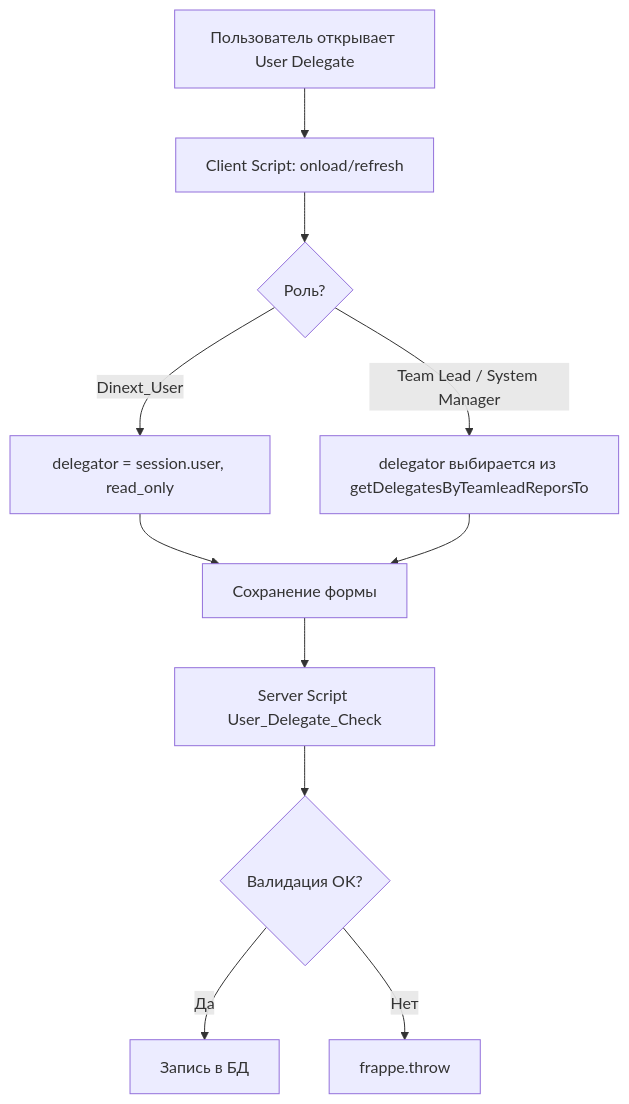
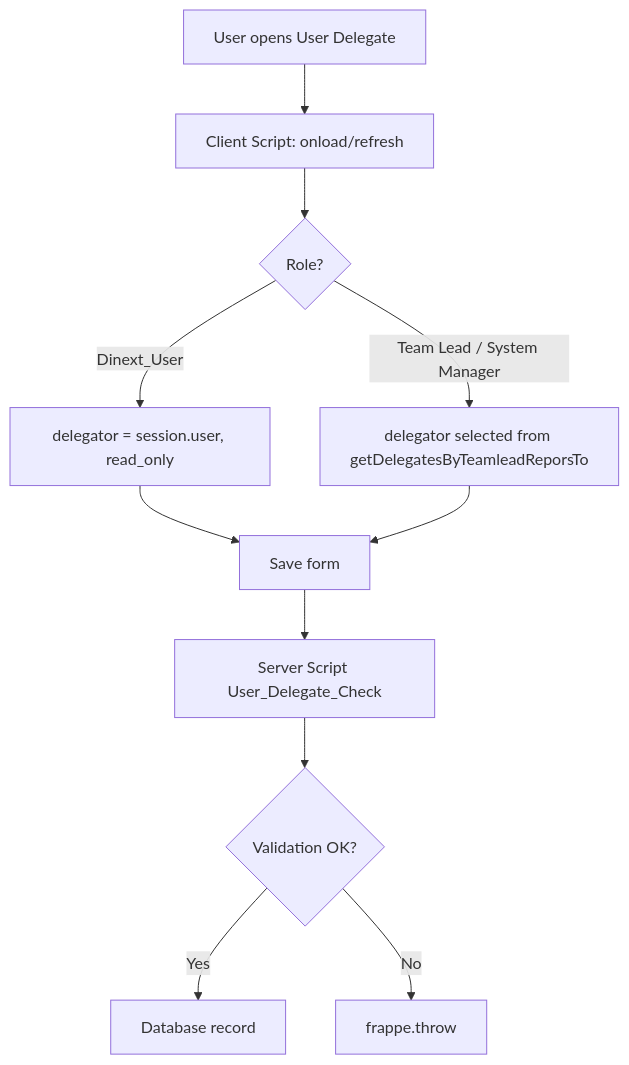
One commit to Dinext-pro/dinext-deputies changed the first of 2 diagrams in README.md. Above: the diagram before and after it, drawn with Mermaid. The commit also changed other lines of this file and 1 other file, not shown here.

````diff
--- a/README.md
+++ b/README.md
@@ -202,13 +196,13 @@
 ```mermaid
 flowchart TD
-    A[Пользователь открывает User Delegate] --> B[Client Script: onload/refresh]
-    B --> C{Роль?}
+    A[User opens User Delegate] --> B[Client Script: onload/refresh]
+    B --> C{Role?}
     C -->|Dinext_User| D[delegator = session.user, read_only]
-    C -->|Team Lead / System Manager| E[delegator выбирается из getDelegatesByTeamleadReporsTo]
-    D --> F[Сохранение формы]
+    C -->|Team Lead / System Manager| E[delegator selected from getDelegatesByTeamleadReporsTo]
+    D --> F[Save form]
     E --> F
     F --> G[Server Script User_Delegate_Check]
-    G --> H{Валидация OK?}
-    H -->|Да| I[Запись в БД]
-    H -->|Нет| J[frappe.throw]
+    G --> H{Validation OK?}
+    H -->|Yes| I[Database record]
+    H -->|No| J[frappe.throw]
 ```
````
